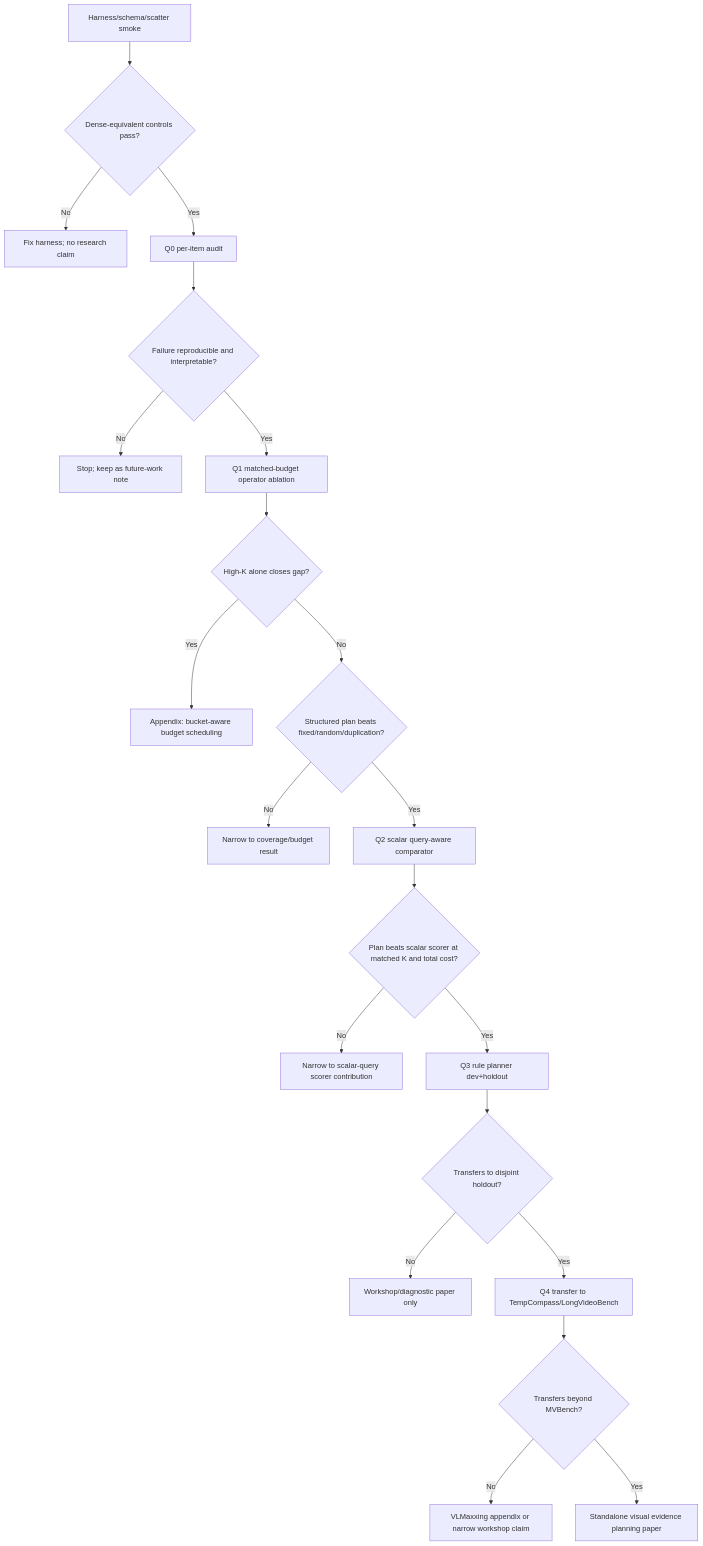
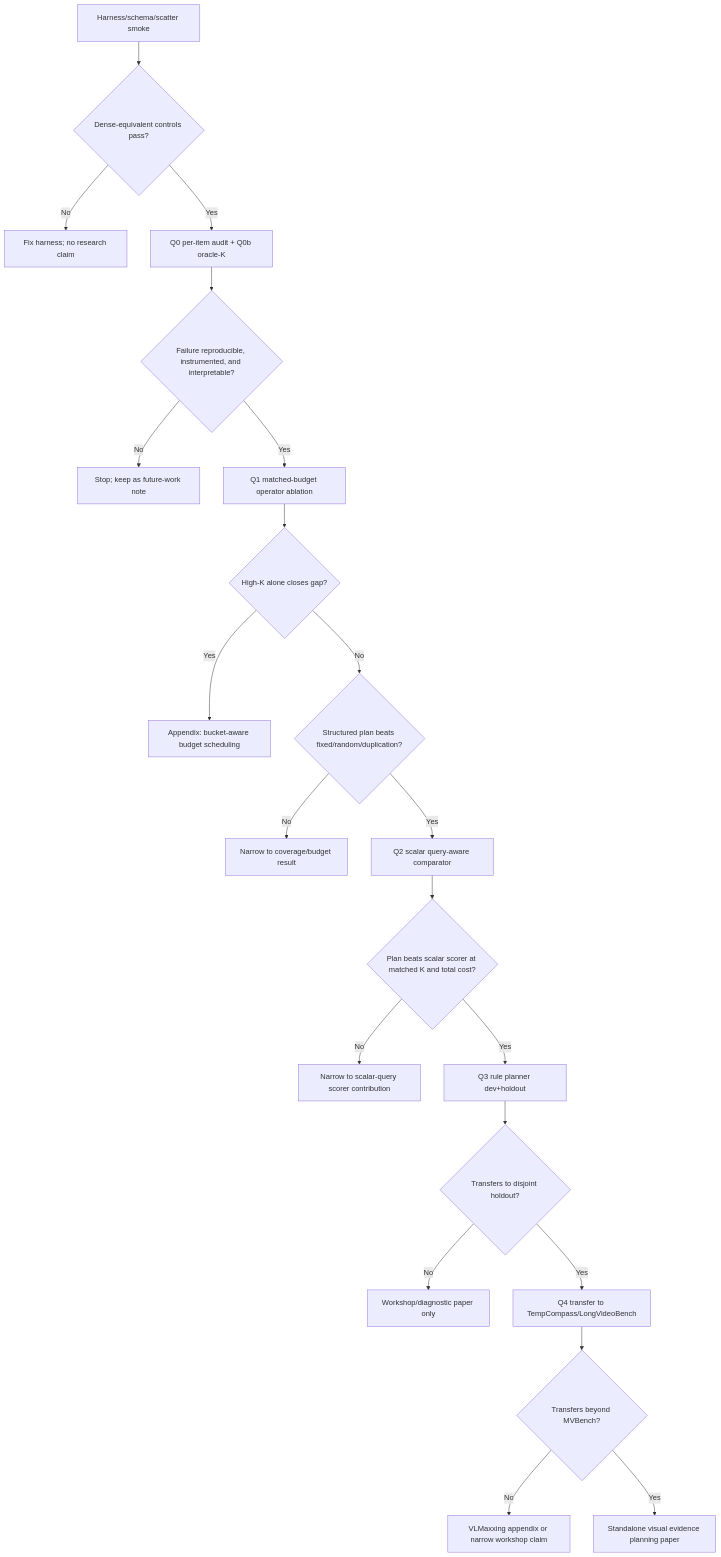
Before and after one commit to jfbastien/VLMaxxing: the diagram in research/experiments/2026/2026-05-09-query-aware-visual-routing-plan.md, drawn with Mermaid. The commit also changed other lines of this file and 2 other files, not shown here.

````diff
--- a/research/experiments/2026/2026-05-09-query-aware-visual-routing-plan.md
+++ b/research/experiments/2026/2026-05-09-query-aware-visual-routing-plan.md
@@ -386,23 +545,23 @@
 ```mermaid
 flowchart TD
     A[Harness/schema/scatter smoke] --> B{Dense-equivalent controls pass?}
     B -- No --> C[Fix harness; no research claim]
-    B -- Yes --> D[Q0 per-item audit]
-    D --> E{Failure reproducible and interpretable?}
+    B -- Yes --> D[Q0 per-item audit + Q0b oracle-K]
+    D --> E{Failure reproducible, instrumented, and interpretable?}
     E -- No --> F[Stop; keep as future-work note]
     E -- Yes --> G[Q1 matched-budget operator ablation]
     G --> H{High-K alone closes gap?}
     H -- Yes --> I[Appendix: bucket-aware budget scheduling]
     H -- No --> J{Structured plan beats fixed/random/duplication?}
     J -- No --> K[Narrow to coverage/budget result]
     J -- Yes --> L[Q2 scalar query-aware comparator]
     L --> M{Plan beats scalar scorer at matched K and total cost?}
     M -- No --> N[Narrow to scalar-query scorer contribution]
     M -- Yes --> O[Q3 rule planner dev+holdout]
     O --> P{Transfers to disjoint holdout?}
     P -- No --> Q[Workshop/diagnostic paper only]
     P -- Yes --> R[Q4 transfer to TempCompass/LongVideoBench]
     R --> S{Transfers beyond MVBench?}
     S -- No --> T[VLMaxxing appendix or narrow workshop claim]
     S -- Yes --> U[Standalone visual evidence planning paper]
 ```
````
